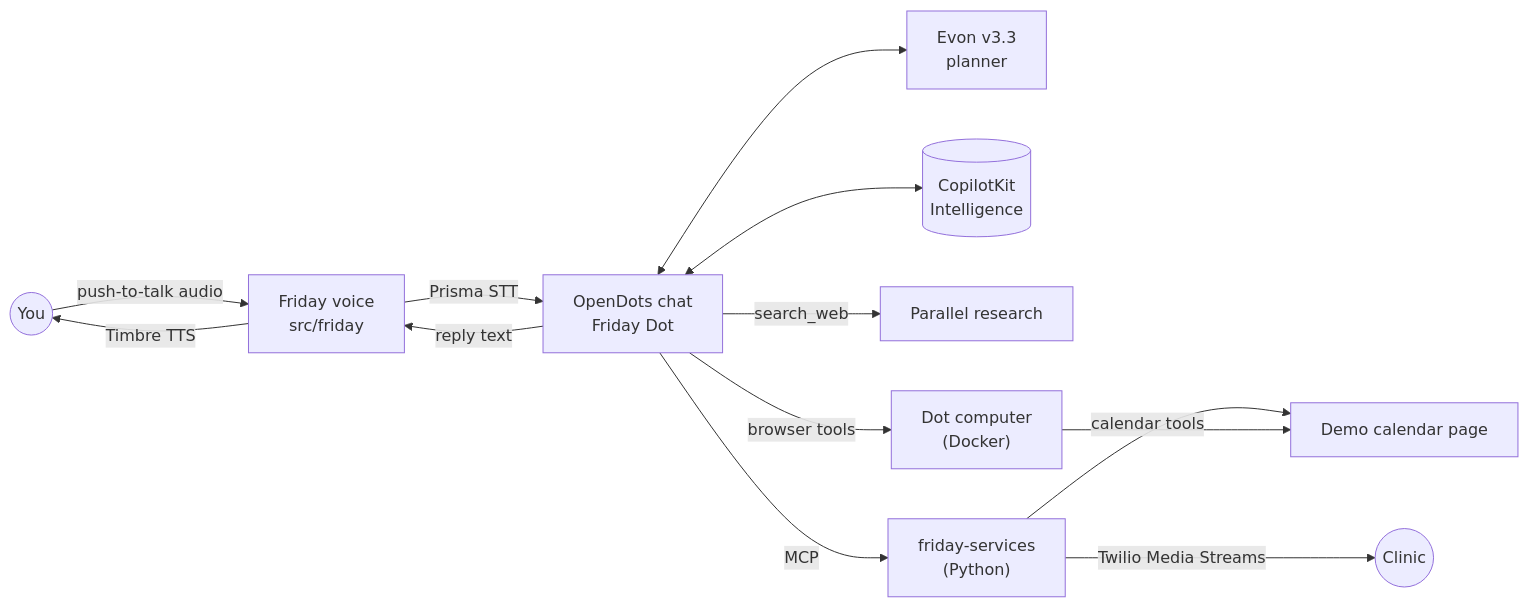
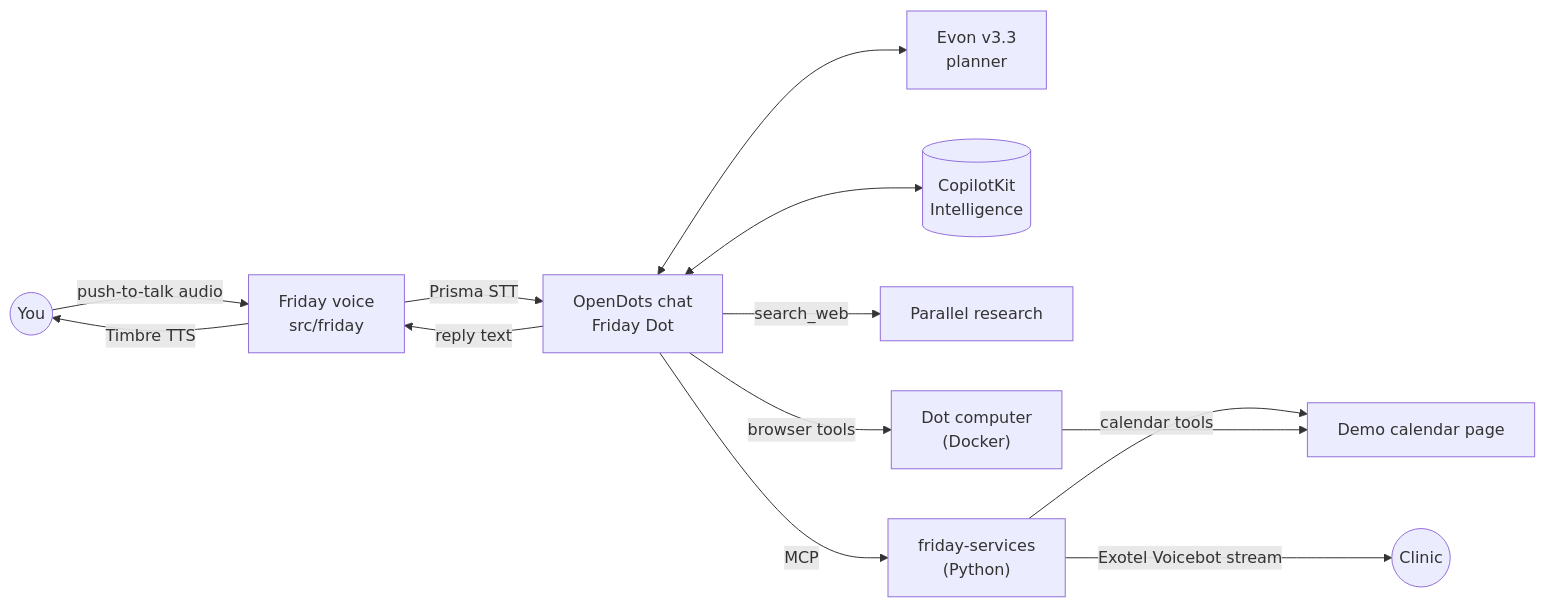
The second of 2 diagrams in friday/docs/ARCHITECTURE.md (prem-2006/Friday-AI), drawn with Mermaid before and after one commit. The commit also changed other lines of this file and 30 other files, not shown here.

First line of the commit message:
Friday's own calls move to Exotel: Twilio is gone, Sarvam carries calls until then

````diff
--- a/friday/docs/ARCHITECTURE.md
+++ b/friday/docs/ARCHITECTURE.md
@@ -40,15 +40,15 @@
 ```mermaid
 flowchart LR
   User((You)) -- push-to-talk audio --> Voice["Friday voice<br/>src/friday"]
   Voice -- Prisma STT --> Chat["OpenDots chat<br/>Friday Dot"]
   Chat -- reply text --> Voice
   Voice -- Timbre TTS --> User
   Chat <--> Evon["Evon v3.3<br/>planner"]
   Chat <--> Intel[("CopilotKit<br/>Intelligence")]
   Chat -- search_web --> Parallel[Parallel research]
   Chat -- browser tools --> Computer["Dot computer<br/>(Docker)"]
   Chat -- MCP --> Services["friday-services<br/>(Python)"]
-  Services -- Twilio Media Streams --> Phone((Clinic))
+  Services -- Exotel Voicebot stream --> Phone((Clinic))
   Services -- calendar tools --> Demo
   Computer --> Demo["Demo calendar page"]
 ```
````
